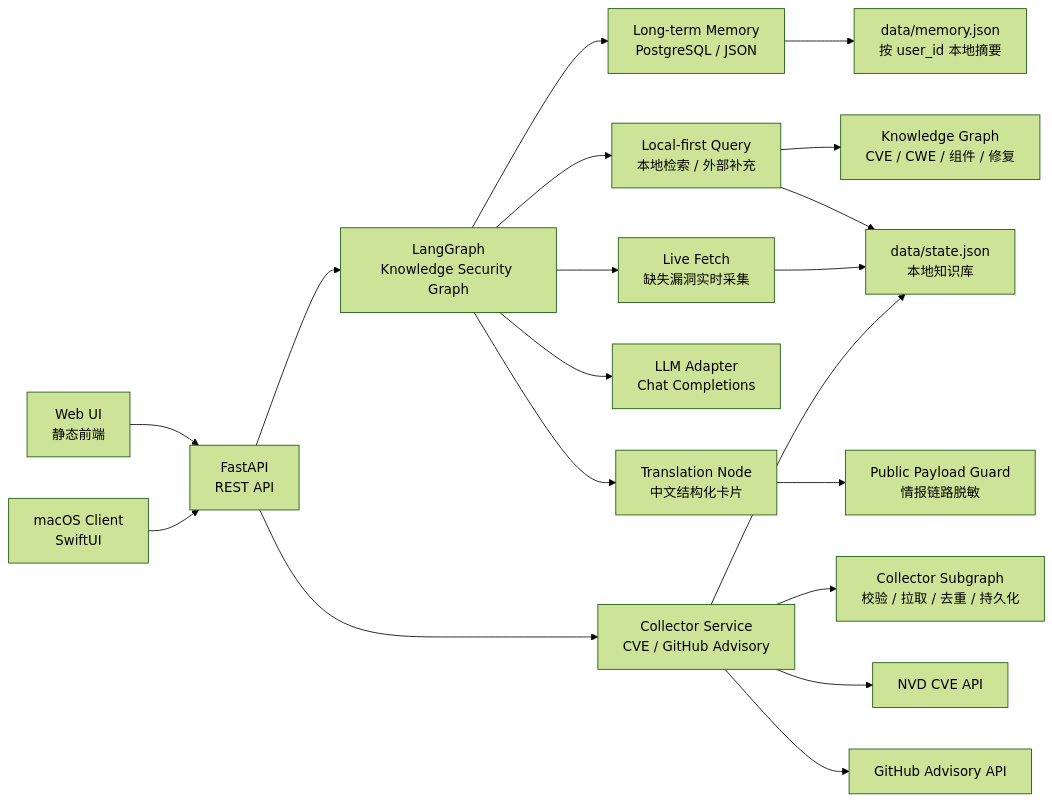
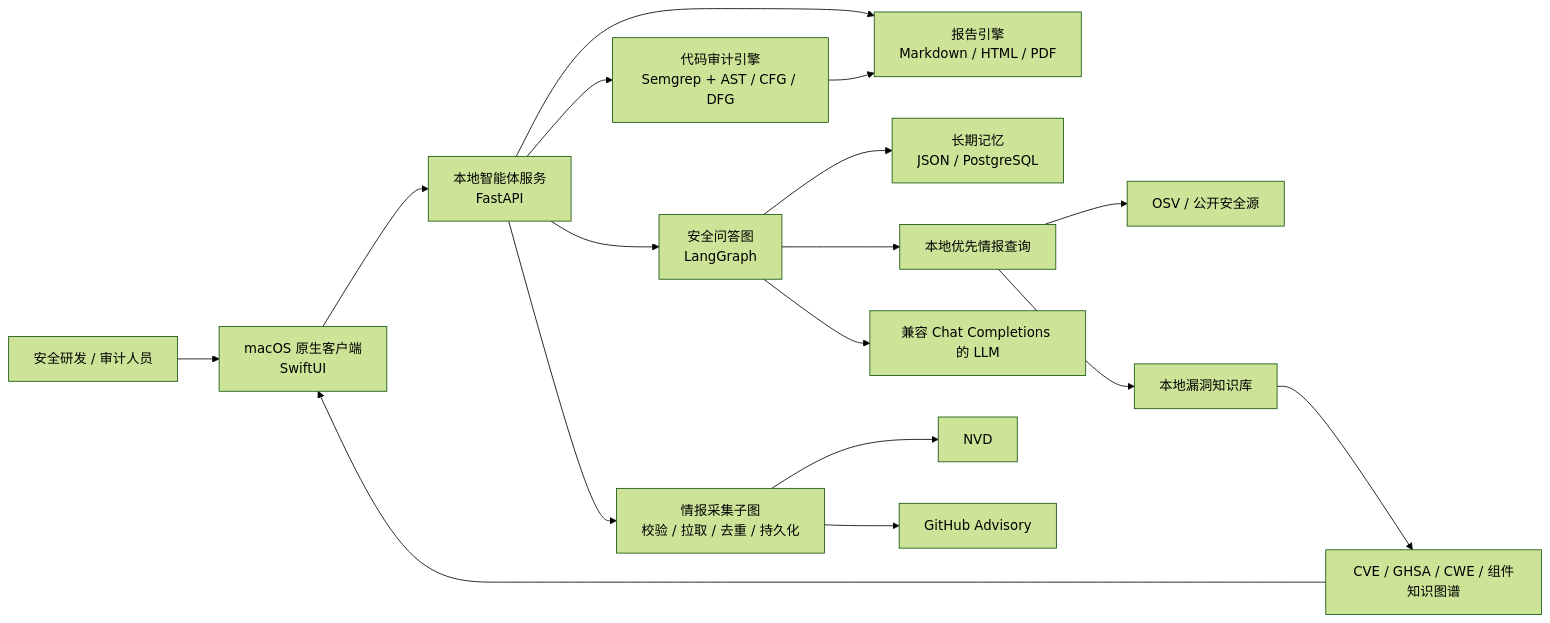
One commit to FuNianTongXue/secflow-knowledge-security-assistant changed the diagram in README.md. Above: the diagram before and after it, drawn with Mermaid (forest theme). The commit also changed other lines of this file and 5 other files, not shown here.

````diff
--- a/README.md
+++ b/README.md
@@ -83,21 +102,19 @@
 ```mermaid
 flowchart LR
-  UI["Web UI<br/>静态前端"] --> API["FastAPI<br/>REST API"]
-  API --> GRAPH["LangGraph<br/>Knowledge Security Graph"]
-  API --> COLLECTOR["Collector Service<br/>CVE / GitHub Advisory"]
-  MAC["macOS Client<br/>SwiftUI"] --> API
-  COLLECTOR --> CGRAPH["Collector Subgraph<br/>校验 / 拉取 / 去重 / 持久化"]
-  GRAPH --> MEMORY["Long-term Memory<br/>PostgreSQL / JSON"]
-  GRAPH --> SEARCH["Local-first Query<br/>本地检索 / 外部补充"]
-  SEARCH --> KGRAPH["Knowledge Graph<br/>CVE / CWE / 组件 / 修复"]
-  GRAPH --> LLM["LLM Adapter<br/>Chat Completions"]
-  GRAPH --> TRANS["Translation Node<br/>中文结构化卡片"]
-  TRANS --> PRIVACY["Public Payload Guard<br/>情报链路脱敏"]
-  GRAPH --> LIVE["Live Fetch<br/>缺失漏洞实时采集"]
-  COLLECTOR --> NVD["NVD CVE API"]
-  COLLECTOR --> GHSA["GitHub Advisory API"]
-  SEARCH --> STORE["data/state.json<br/>本地知识库"]
-  LIVE --> STORE
-  COLLECTOR --> STORE
-  MEMORY --> LOCALMEM["data/memory.json<br/>按 user_id 本地摘要"]
+  USER["安全研发 / 审计人员"] --> MAC["macOS 原生客户端<br/>SwiftUI"]
+  MAC --> API["本地智能体服务<br/>FastAPI"]
+  API --> AGENT["安全问答图<br/>LangGraph"]
+  API --> COLLECTOR["情报采集子图<br/>校验 / 拉取 / 去重 / 持久化"]
+  API --> AUDIT["代码审计引擎<br/>Semgrep + AST / CFG / DFG"]
+  API --> REPORT["报告引擎<br/>Markdown / HTML / PDF"]
+  AGENT --> MEMORY["长期记忆<br/>JSON / PostgreSQL"]
+  AGENT --> INTEL["本地优先情报查询"]
+  AGENT --> LLM["兼容 Chat Completions 的 LLM"]
+  COLLECTOR --> NVD["NVD"]
+  COLLECTOR --> GHSA["GitHub Advisory"]
+  INTEL --> OSV["OSV / 公开安全源"]
+  INTEL --> STORE["本地漏洞知识库"]
+  AUDIT --> REPORT
+  STORE --> GRAPH["CVE / GHSA / CWE / 组件知识图谱"]
+  GRAPH --> MAC
 ```
````
